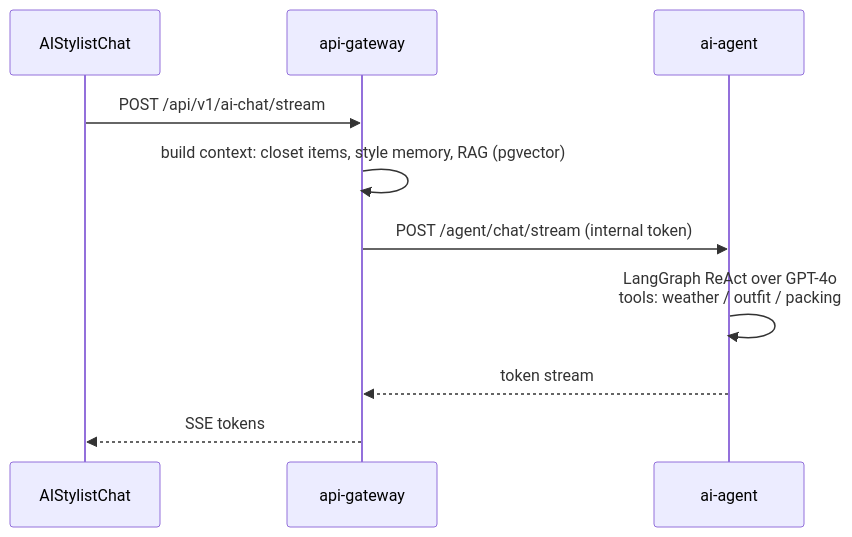
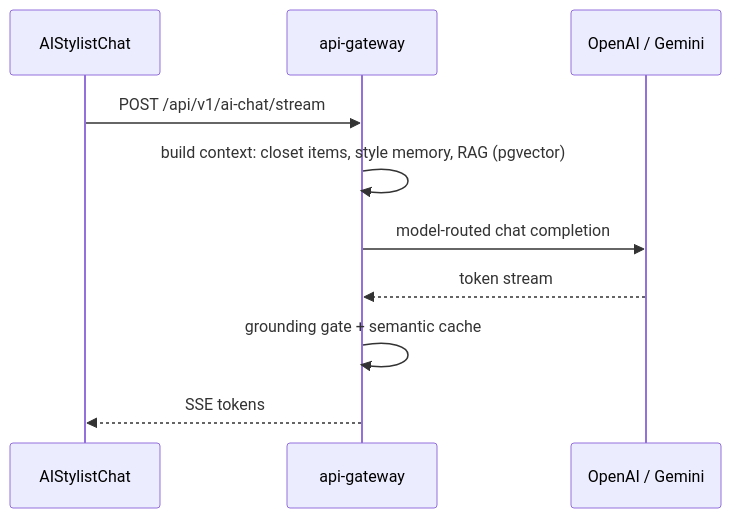
One commit to phanidhar09/clozehive changed the fifth of 5 diagrams in docs/SERVICES.md. Above: the diagram before and after it, drawn with Mermaid. The commit also changed other lines of this file and 6 other files, not shown here.

````diff
--- a/docs/SERVICES.md
+++ b/docs/SERVICES.md
@@ -297,12 +260,12 @@
 ```mermaid
 sequenceDiagram
     participant FE as AIStylistChat
     participant GW as api-gateway
-    participant AG as ai-agent
+    participant LLM as OpenAI / Gemini
     FE->>GW: POST /api/v1/ai-chat/stream
     GW->>GW: build context: closet items, style memory, RAG (pgvector)
-    GW->>AG: POST /agent/chat/stream (internal token)
-    AG->>AG: LangGraph ReAct over GPT-4o<br/>tools: weather / outfit / packing
-    AG-->>GW: token stream
+    GW->>LLM: model-routed chat completion
+    LLM-->>GW: token stream
+    GW->>GW: grounding gate + semantic cache
     GW-->>FE: SSE tokens
 ```
````
